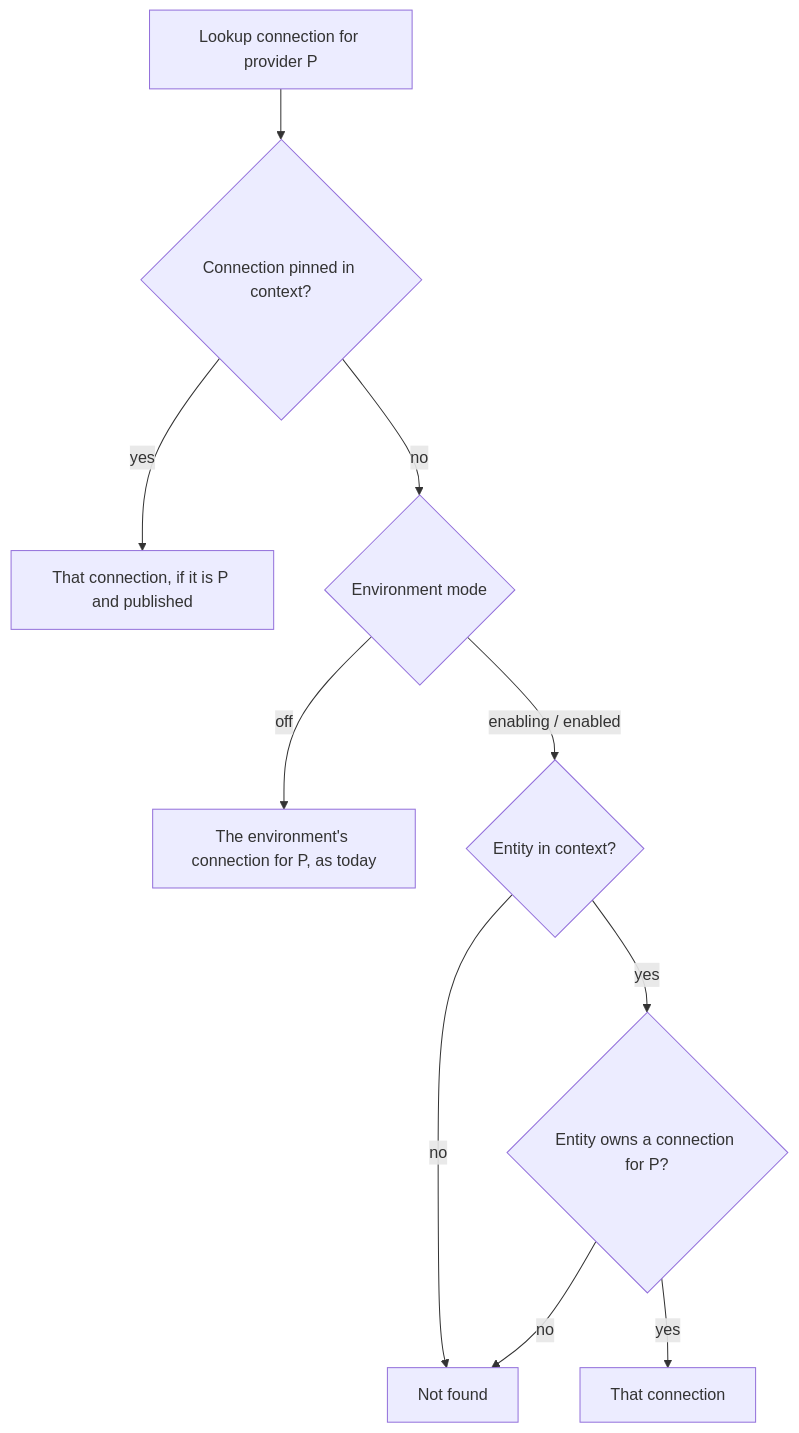
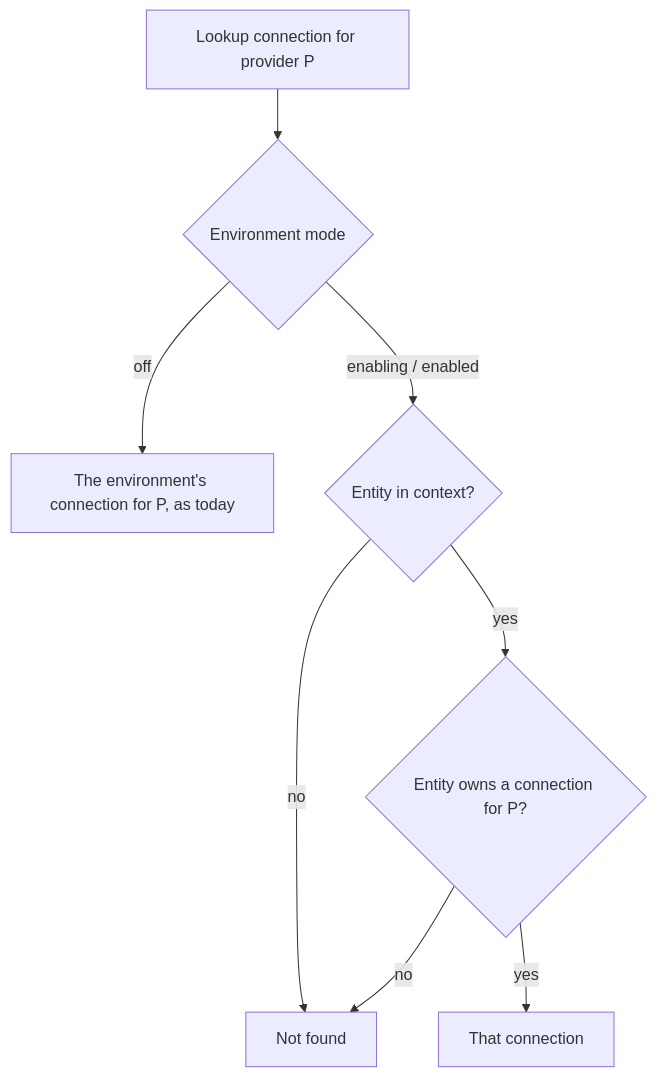
Before and after one commit to flexprice/flexprice: the third of 5 diagrams in docs/design/2026-10-28-billing-entities-p2-erd.md, drawn with Mermaid. The commit also changed other lines of this file and 22 other files, not shown here.

````diff
--- a/docs/design/2026-10-28-billing-entities-p2-erd.md
+++ b/docs/design/2026-10-28-billing-entities-p2-erd.md
@@ -301,12 +302,10 @@
 ```mermaid
 flowchart TD
-  L[Lookup connection for provider P] --> W{Connection pinned in context?}
-  W -- yes --> C1[That connection, if it is P and published]
-  W -- no --> M{Environment mode}
+  L[Lookup connection for provider P] --> M{Environment mode}
   M -- off --> C2[The environment's connection for P, as today]
   M -- enabling / enabled --> E{Entity in context?}
   E -- no --> NF[Not found]
   E -- yes --> A{Entity owns a connection for P?}
   A -- yes --> C3[That connection]
   A -- no --> NF
 ```
````
